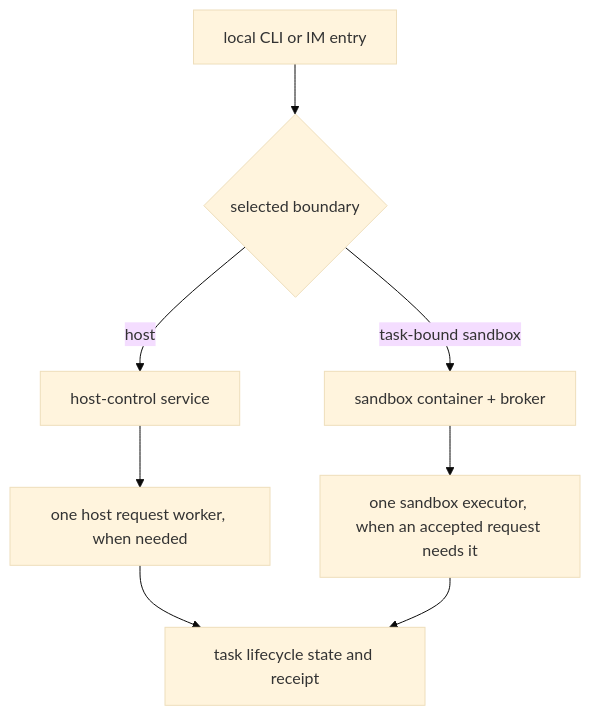
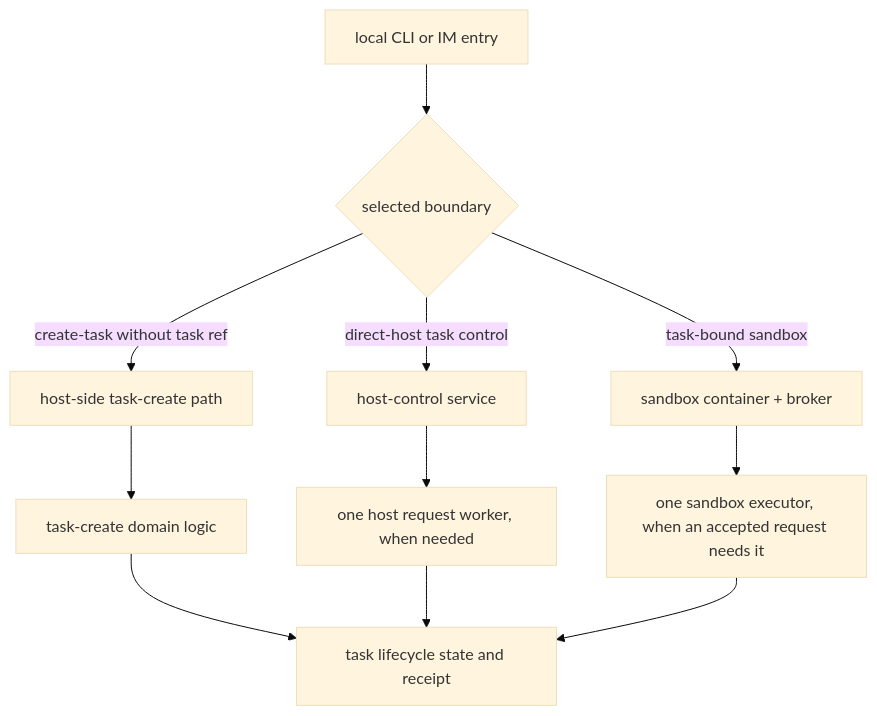
The fourth of 4 diagrams in docs/en/architecture.md (fitlab-ai/agent-infra), drawn with Mermaid (base theme) before and after one commit. The commit also changed other lines of this file and 1 other file, not shown here.

Commit message:
docs(architecture): restore runtime evidence boundaries

````diff
--- a/docs/en/architecture.md
+++ b/docs/en/architecture.md
@@ -140,10 +157,13 @@
 ```mermaid
 flowchart TD
   ENTRY["local CLI or IM entry"] --> ROUTE{"selected boundary"}
-  ROUTE -->|host| HC["host-control service"]
+  ROUTE -->|create-task without task ref| CREATE["host-side task-create path"]
+  ROUTE -->|direct-host task control| HC["host-control service"]
   ROUTE -->|task-bound sandbox| SB["sandbox container + broker"]
+  CREATE --> DOMAIN["task-create domain logic"]
   HC --> HW["one host request worker, when needed"]
   SB --> EX["one sandbox executor, when an accepted request needs it"]
-  HW --> STATE["task lifecycle state and receipt"]
+  DOMAIN --> STATE["task lifecycle state and receipt"]
+  HW --> STATE
   EX --> STATE
 ```
````
